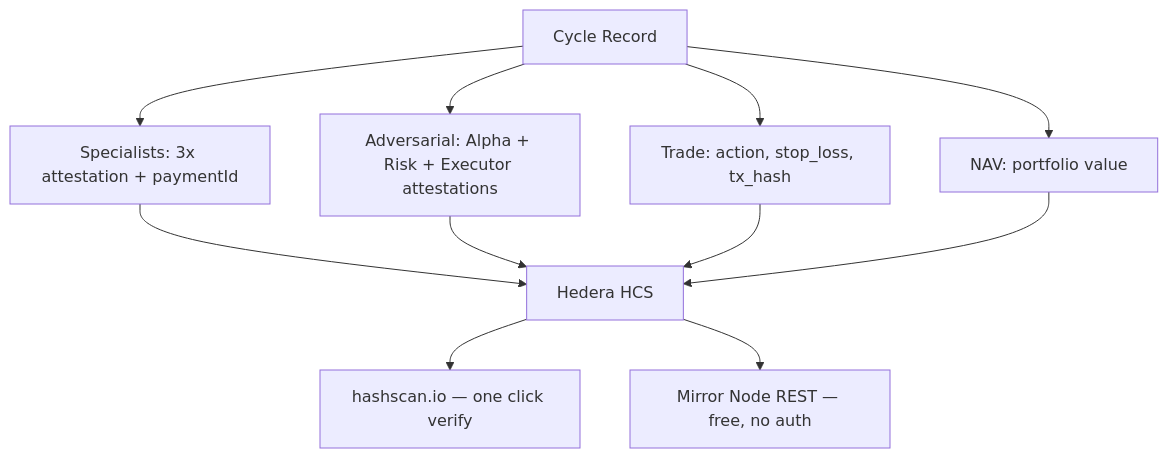
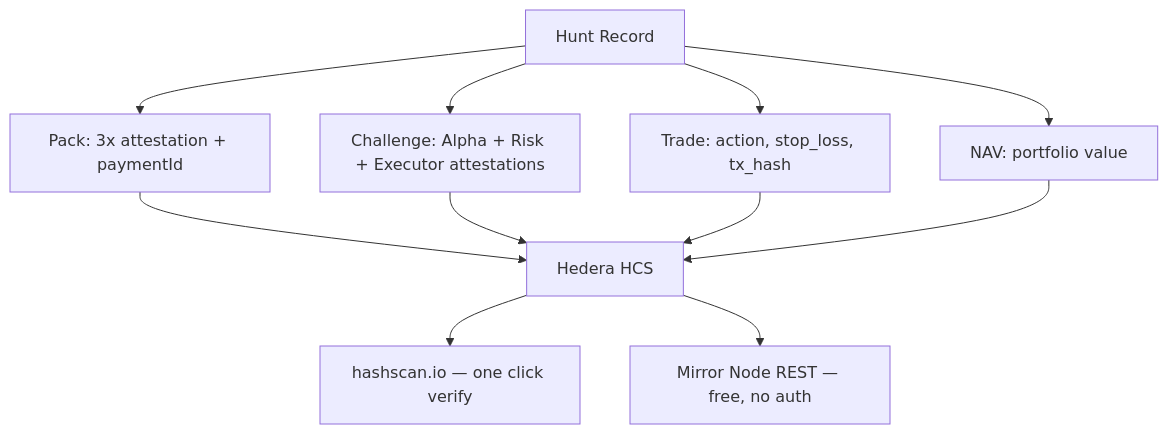
The seventh of 7 diagrams in README.md (elbarroca/ETH_Global_Cannes_2026), drawn with Mermaid before and after one commit. The commit also changed other lines of this file and 24 other files, not shown here.

````diff
--- a/README.md
+++ b/README.md
@@ -236,13 +236,13 @@
 ```mermaid
 graph TD
-    Cycle[Cycle Record] --> Specs[Specialists: 3x attestation + paymentId]
-    Cycle --> Adv[Adversarial: Alpha + Risk + Executor attestations]
-    Cycle --> Trade[Trade: action, stop_loss, tx_hash]
-    Cycle --> NAV[NAV: portfolio value]
+    Hunt[Hunt Record] --> Specs[Pack: 3x attestation + paymentId]
+    Hunt --> Adv[Challenge: Alpha + Risk + Executor attestations]
+    Hunt --> Trade[Trade: action, stop_loss, tx_hash]
+    Hunt --> NAV[NAV: portfolio value]
     Specs --> HCS[Hedera HCS]
     Adv --> HCS
     Trade --> HCS
     NAV --> HCS
     HCS --> Hashscan[hashscan.io — one click verify]
     HCS --> Mirror[Mirror Node REST — free, no auth]
 ```
````
